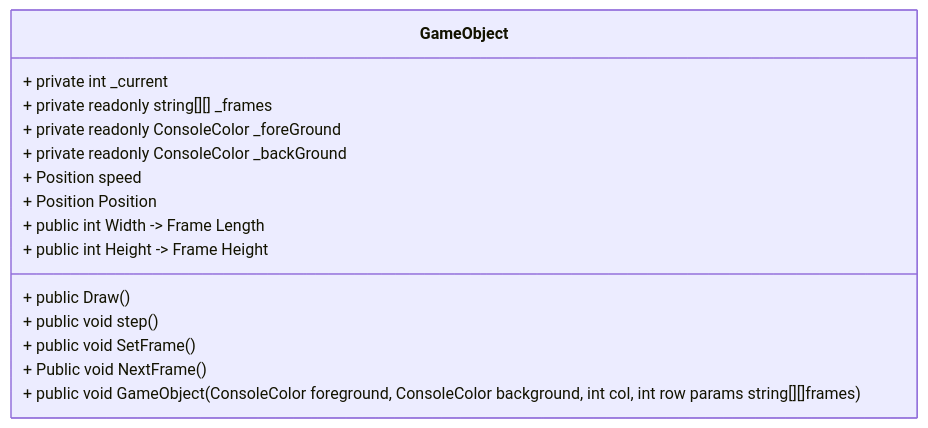
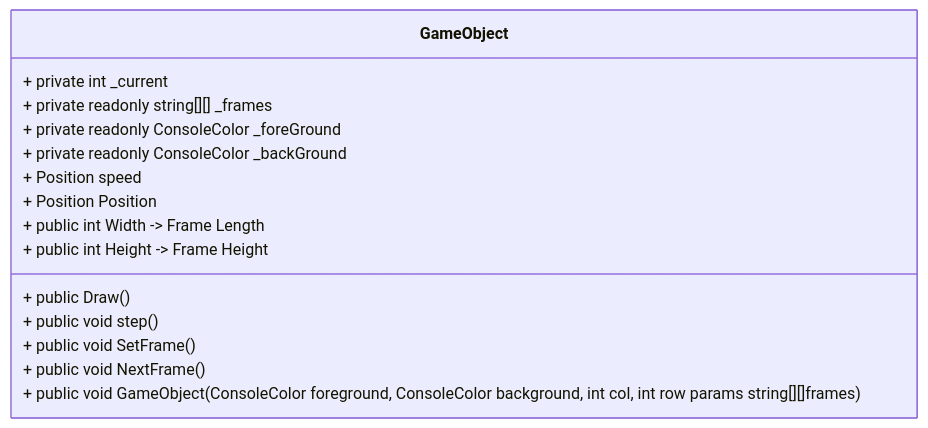
One commit to NexusWeave/MVP-FlappyBird-cs changed the fourth of 7 diagrams in dokumentasjon/diagram/klasse-diagram.md. Above: the diagram before and after it, drawn with Mermaid.

````diff
--- a/dokumentasjon/diagram/klasse-diagram.md
+++ b/dokumentasjon/diagram/klasse-diagram.md
@@ -52,23 +52,23 @@
 ```mermaid
     classDiagram
         direction TD
 
         class GameObject {
             + private int _current
             + private readonly string[][] _frames
             + private readonly ConsoleColor _foreGround
             + private readonly ConsoleColor _backGround
 
             + Position speed
             + Position Position
 
             + public int Width -> Frame Length
             + public int Height -> Frame Height
 
             + public Draw()
             + public void step()
             + public void SetFrame()
-            + Public void NextFrame()
+            + public void NextFrame()
             + public void GameObject(ConsoleColor foreground, ConsoleColor background, int col, int row params string[][]frames)
         }
 ```
````
